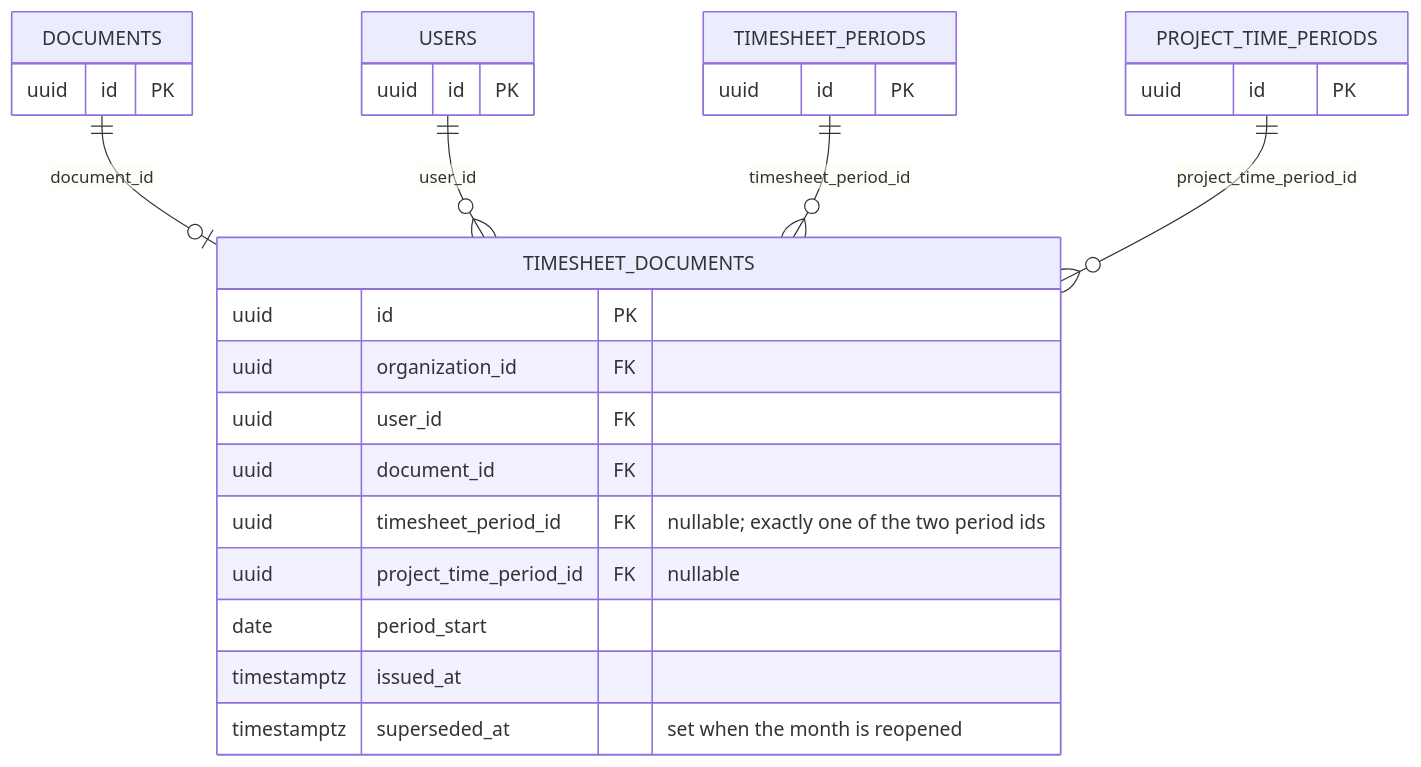
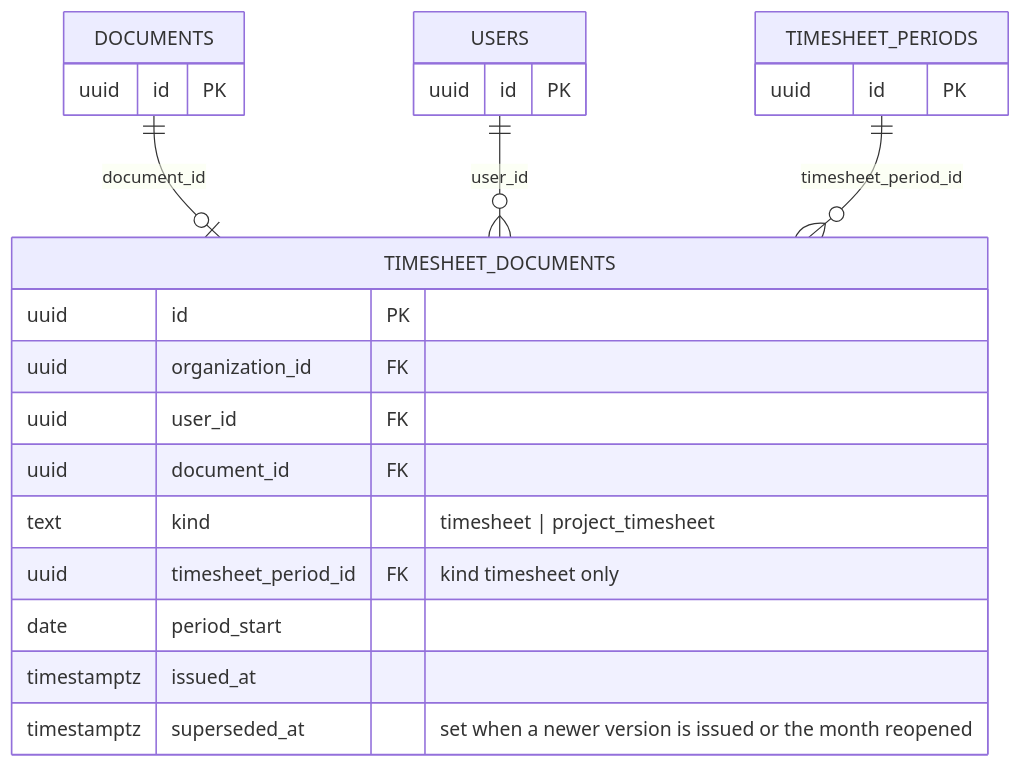
Before and after one commit to fporoli/apensum: the tenth of 16 diagrams in docs/DATABASE_SCHEMA.md, drawn with Mermaid. The commit also changed other lines of this file and 49 other files, not shown here.

````diff
--- a/docs/DATABASE_SCHEMA.md
+++ b/docs/DATABASE_SCHEMA.md
@@ -497,23 +530,21 @@
 ```mermaid
 erDiagram
     DOCUMENTS ||--o| TIMESHEET_DOCUMENTS : "document_id"
     USERS ||--o{ TIMESHEET_DOCUMENTS : "user_id"
     TIMESHEET_PERIODS ||--o{ TIMESHEET_DOCUMENTS : "timesheet_period_id"
-    PROJECT_TIME_PERIODS ||--o{ TIMESHEET_DOCUMENTS : "project_time_period_id"
 
     TIMESHEET_DOCUMENTS {
         uuid id PK
         uuid organization_id FK
         uuid user_id FK
         uuid document_id FK
-        uuid timesheet_period_id FK "nullable; exactly one of the two period ids"
-        uuid project_time_period_id FK "nullable"
+        text kind "timesheet | project_timesheet"
+        uuid timesheet_period_id FK "kind timesheet only"
         date period_start
         timestamptz issued_at
-        timestamptz superseded_at "set when the month is reopened"
+        timestamptz superseded_at "set when a newer version is issued or the month reopened"
     }
     DOCUMENTS { uuid id PK }
     USERS { uuid id PK }
     TIMESHEET_PERIODS { uuid id PK }
-    PROJECT_TIME_PERIODS { uuid id PK }
 ```
````
